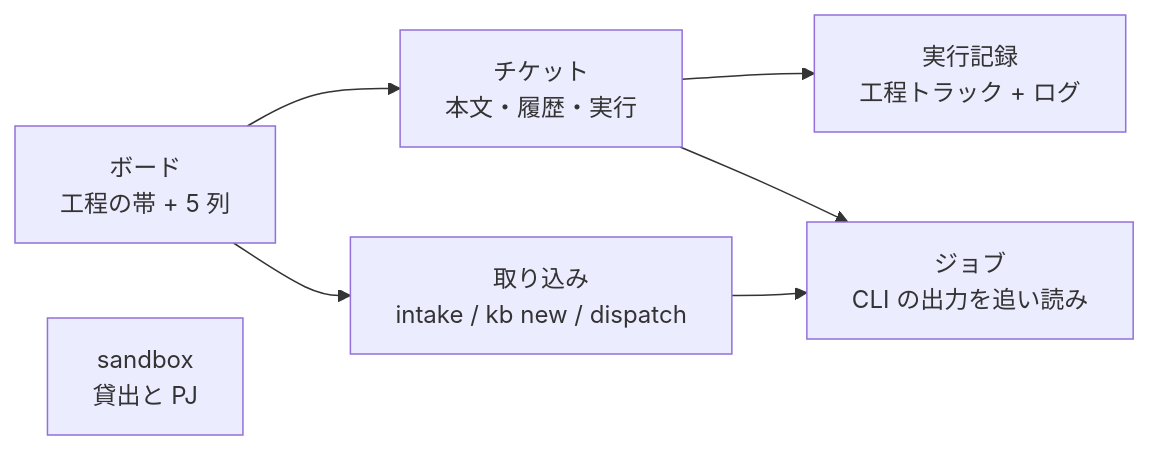
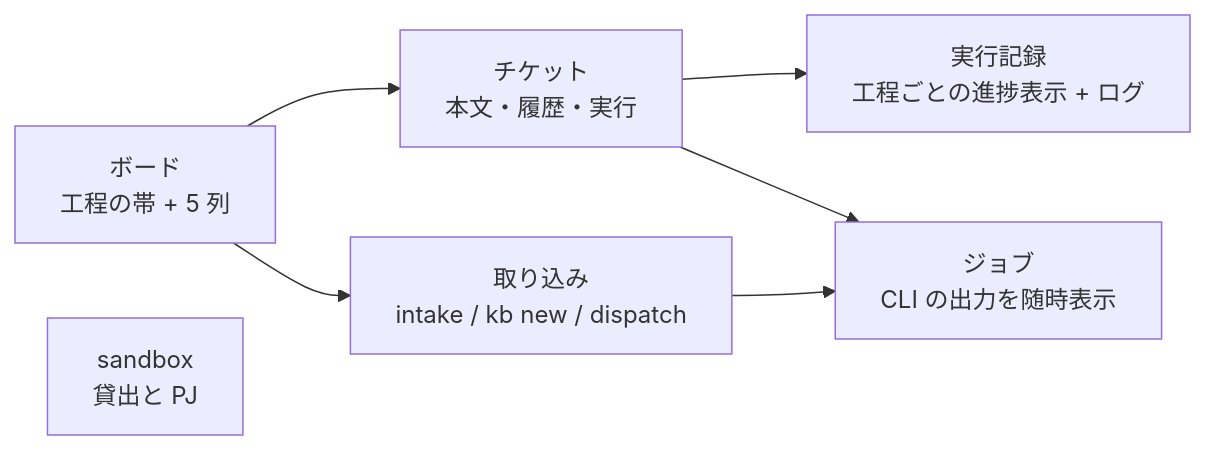
The diagram in website/content/ja/guides/console.md (akkijp-oss/aifactory), drawn with Mermaid before and after one commit. The commit also changed other lines of this file and 40 other files, not shown here.

````diff
--- a/website/content/ja/guides/console.md
+++ b/website/content/ja/guides/console.md
@@ -28,9 +28,9 @@
 ```mermaid
 flowchart LR
   B[ボード<br>工程の帯 + 5 列] --> T[チケット<br>本文・履歴・実行]
-  T --> R[実行記録<br>工程トラック + ログ]
+  T --> R[実行記録<br>工程ごとの進捗表示 + ログ]
   B --> I[取り込み<br>intake / kb new / dispatch]
-  I --> J[ジョブ<br>CLI の出力を追い読み]
+  I --> J[ジョブ<br>CLI の出力を随時表示]
   T --> J
   S[sandbox<br>貸出と PJ]
 ```
````
